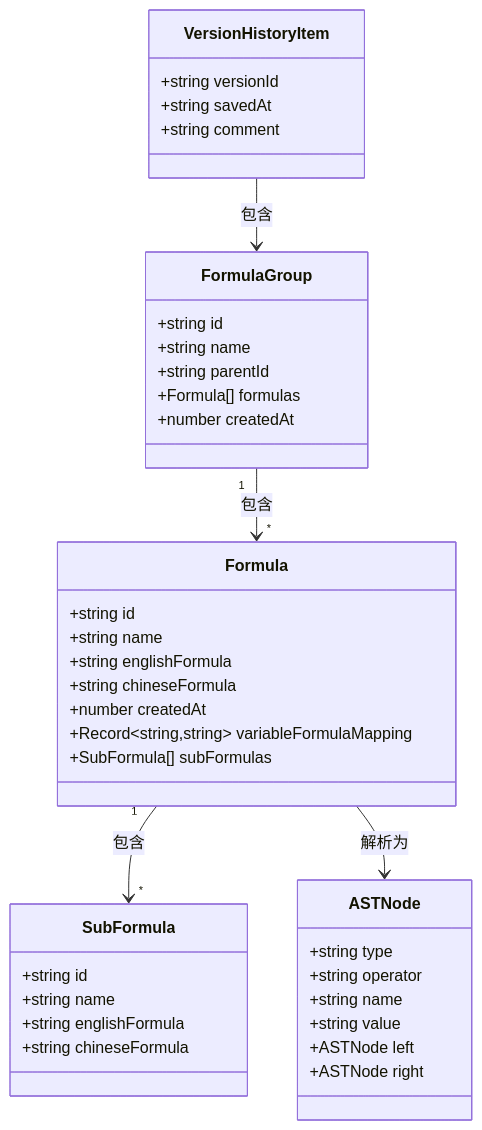
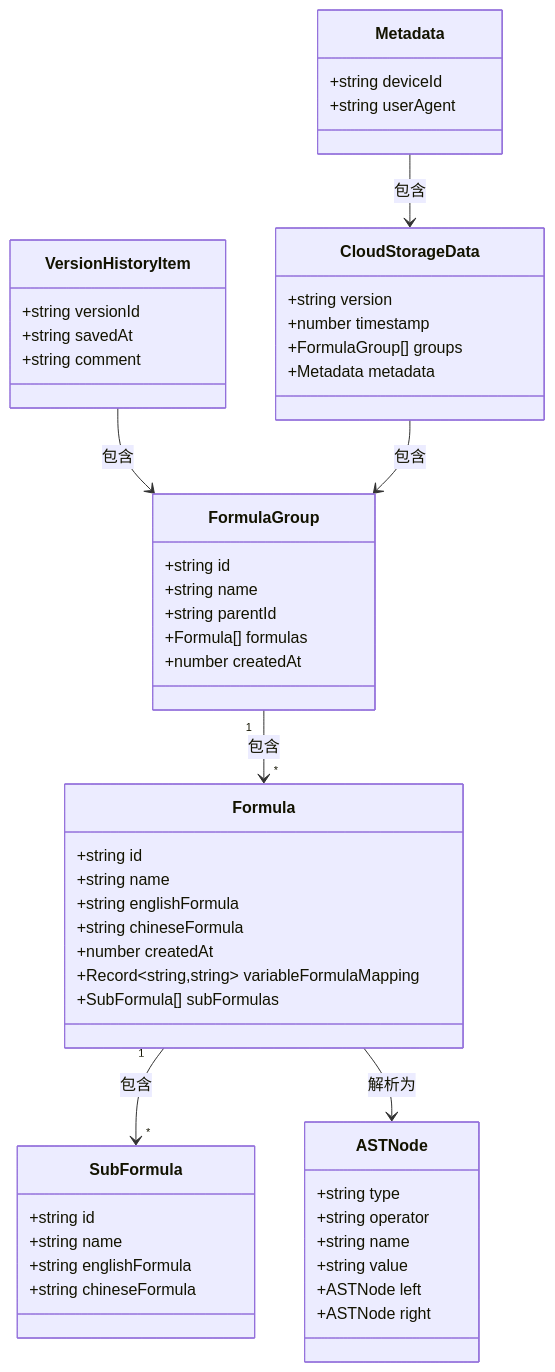
One commit to steveyu2/formula-mapper changed the second of 11 diagrams in .qoder/repowiki/zh/content/用户指南/数据管理/云存储系统.md. Above: the diagram before and after it, drawn with Mermaid. The commit also changed other lines of this file and 2 other files, not shown here.

````diff
--- a/.qoder/repowiki/zh/content/用户指南/数据管理/云存储系统.md
+++ b/.qoder/repowiki/zh/content/用户指南/数据管理/云存储系统.md
@@ -103,42 +121,54 @@
 ```mermaid
 classDiagram
 class FormulaGroup {
 +string id
 +string name
 +string parentId
 +Formula[] formulas
 +number createdAt
 }
 class Formula {
 +string id
 +string name
 +string englishFormula
 +string chineseFormula
 +number createdAt
 +Record~string,string~ variableFormulaMapping
 +SubFormula[] subFormulas
 }
 class SubFormula {
 +string id
 +string name
 +string englishFormula
 +string chineseFormula
 }
 class ASTNode {
 +string type
 +string operator
 +string name
 +string value
 +ASTNode left
 +ASTNode right
 }
 class VersionHistoryItem {
 +string versionId
 +string savedAt
 +string comment
 }
+class CloudStorageData {
++string version
++number timestamp
++FormulaGroup[] groups
++Metadata metadata
+}
+class Metadata {
++string deviceId
++string userAgent
+}
 FormulaGroup "1" --> "*" Formula : 包含
 Formula "1" --> "*" SubFormula : 包含
 Formula --> ASTNode : 解析为
 VersionHistoryItem --> FormulaGroup : 包含
+CloudStorageData --> FormulaGroup : 包含
+Metadata --> CloudStorageData : 包含
 ```
````
